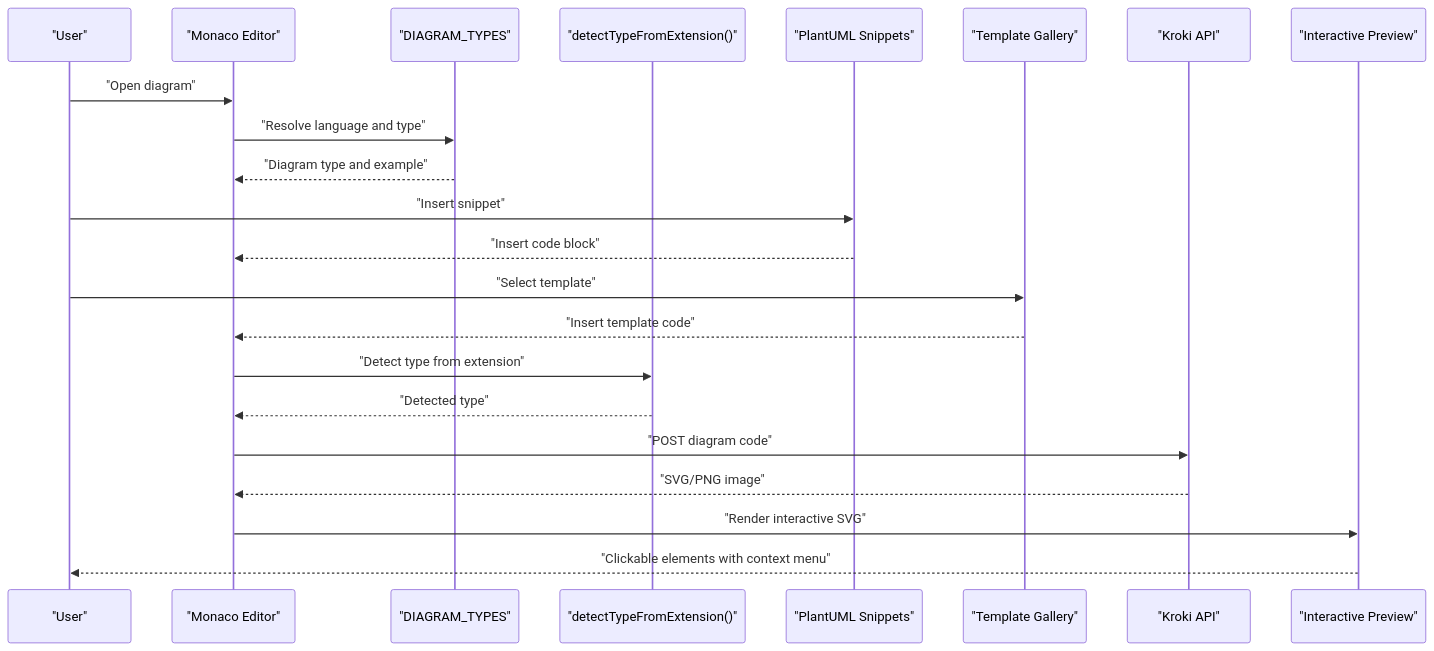
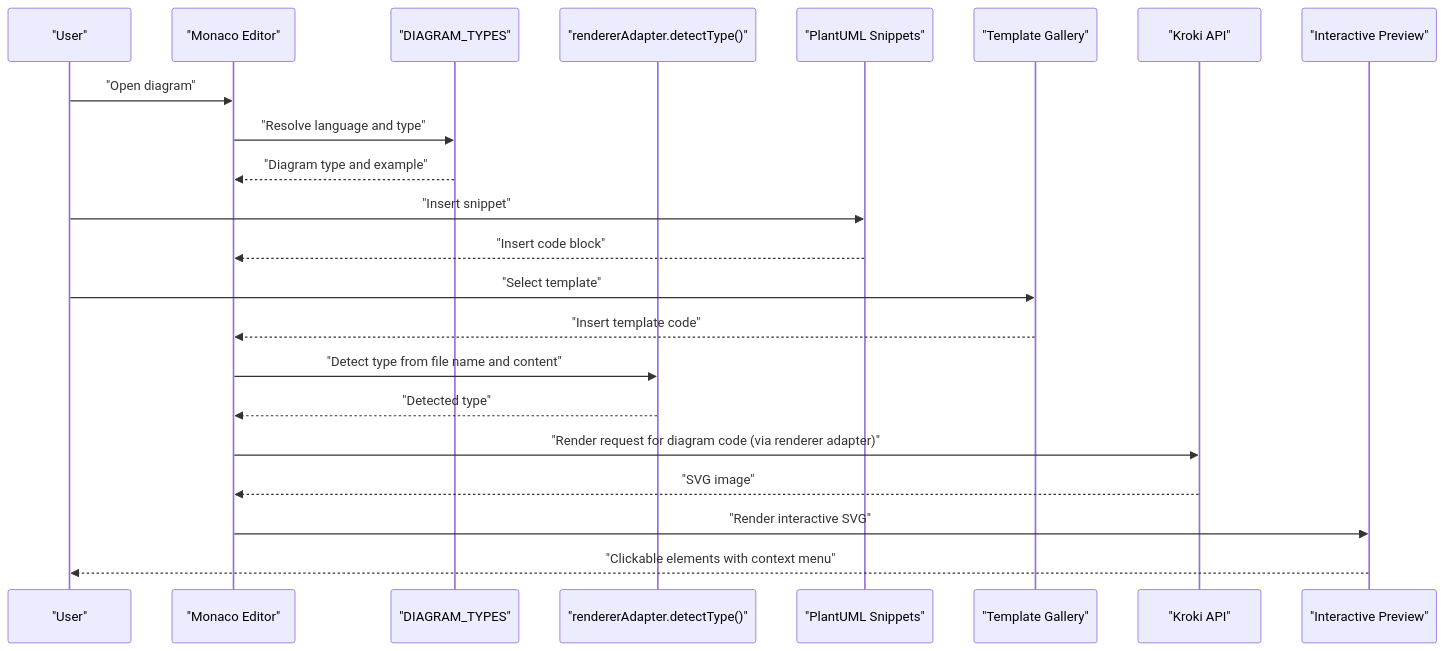
Before and after one commit to ongchonghian/universal-diagram-editor: the second of 7 diagrams in .qoder/repowiki/en/content/Diagram Types and Formats/PlantUML and C4 PlantUML.md, drawn with Mermaid. The commit also changed other lines of this file and 31 other files, not shown here.

````diff
--- a/.qoder/repowiki/en/content/Diagram Types and Formats/PlantUML and C4 PlantUML.md
+++ b/.qoder/repowiki/en/content/Diagram Types and Formats/PlantUML and C4 PlantUML.md
@@ -75,24 +81,24 @@
 ```mermaid
 sequenceDiagram
 participant User as "User"
 participant Editor as "Monaco Editor"
 participant Config as "DIAGRAM_TYPES"
-participant Detect as "detectTypeFromExtension()"
+participant Detect as "rendererAdapter.detectType()"
 participant Snip as "PlantUML Snippets"
 participant Tmpl as "Template Gallery"
 participant Kroki as "Kroki API"
 participant Preview as "Interactive Preview"
 User->>Editor : "Open diagram"
 Editor->>Config : "Resolve language and type"
 Config-->>Editor : "Diagram type and example"
 User->>Snip : "Insert snippet"
 Snip-->>Editor : "Insert code block"
 User->>Tmpl : "Select template"
 Tmpl-->>Editor : "Insert template code"
-Editor->>Detect : "Detect type from extension"
+Editor->>Detect : "Detect type from file name and content"
 Detect-->>Editor : "Detected type"
-Editor->>Kroki : "POST diagram code"
-Kroki-->>Editor : "SVG/PNG image"
+Editor->>Kroki : "Render request for diagram code (via renderer adapter)"
+Kroki-->>Editor : "SVG image"
 Editor->>Preview : "Render interactive SVG"
 Preview-->>User : "Clickable elements with context menu"
 ```
````
